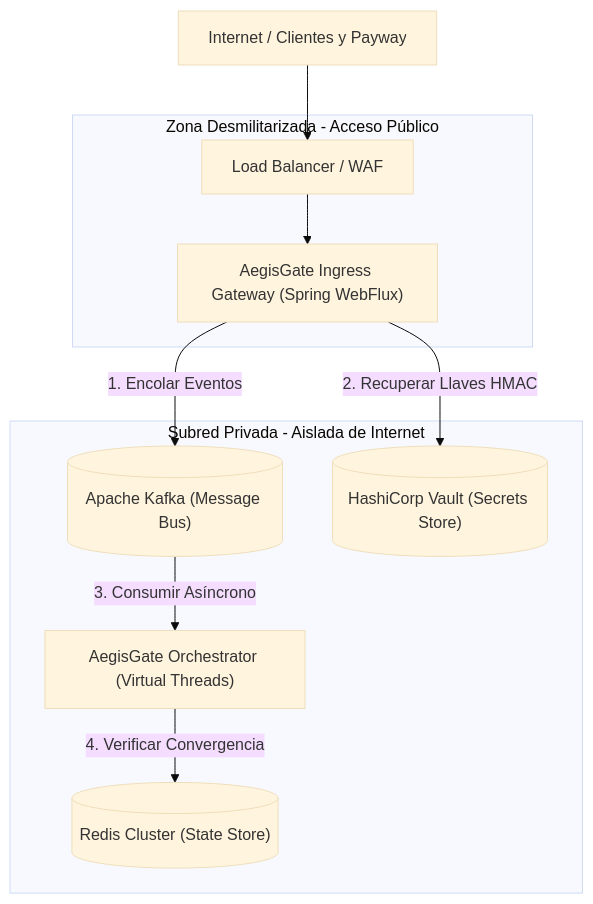
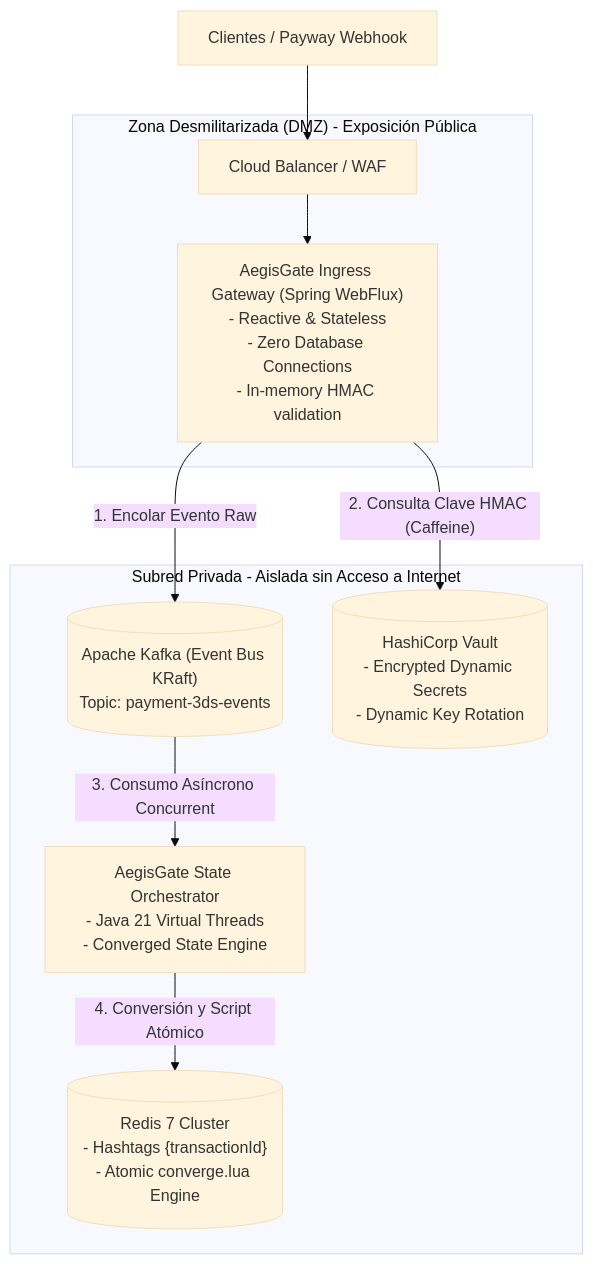
Before and after one commit to CharlyZeta/zyrconpay-aegisgate: the third of 3 diagrams in README.md, drawn with Mermaid (base theme). The commit also changed other lines of this file, not shown here.

Commit message:
docs: update README with world-class senior IT documentation and diagrams

````diff
--- a/README.md
+++ b/README.md
@@ -85,21 +155,21 @@
 ```mermaid
 graph TD
-    subgraph DMZ [Zona Desmilitarizada - Acceso Público]
-        LB["Load Balancer / WAF"]
-        Ingress["AegisGate Ingress Gateway (Spring WebFlux)"]
+    subgraph PublicDMZ ["Zona Desmilitarizada (DMZ) - Exposición Pública"]
+        WAF["Cloud Balancer / WAF"]
+        Ingress["AegisGate Ingress Gateway (Spring WebFlux)<br/>- Reactive & Stateless<br/>- Zero Database Connections<br/>- In-memory HMAC validation"]
     end
 
-    subgraph PrivateSubnet [Subred Privada - Aislada de Internet]
-        Orch["AegisGate Orchestrator (Virtual Threads)"]
-        Kafka[("Apache Kafka (Message Bus)")]
-        Redis[("Redis Cluster (State Store)")]
-        Vault[("HashiCorp Vault (Secrets Store)")]
+    subgraph PrivateSubnet ["Subred Privada - Aislada sin Acceso a Internet"]
+        Kafka[("Apache Kafka (Event Bus KRaft)<br/>Topic: payment-3ds-events")]
+        Orch["AegisGate State Orchestrator<br/>- Java 21 Virtual Threads<br/>- Converged State Engine"]
+        Redis[("Redis 7 Cluster<br/>- Hashtags {transactionId}<br/>- Atomic converge.lua Engine")]
+        Vault[("HashiCorp Vault<br/>- Encrypted Dynamic Secrets<br/>- Dynamic Key Rotation")]
     end
 
-    Internet["Internet / Clientes y Payway"] --> LB
-    LB --> Ingress
-    Ingress -- "1. Encolar Eventos" --> Kafka
-    Ingress -- "2. Recuperar Llaves HMAC" --> Vault
-    Kafka -- "3. Consumir Asíncrono" --> Orch
-    Orch -- "4. Verificar Convergencia" --> Redis
+    Internet["Clientes / Payway Webhook"] --> WAF
+    WAF --> Ingress
+    Ingress -- "1. Encolar Evento Raw" --> Kafka
+    Ingress -- "2. Consulta Clave HMAC (Caffeine)" --> Vault
+    Kafka -- "3. Consumo Asíncrono Concurrent" --> Orch
+    Orch -- "4. Conversión y Script Atómico" --> Redis
 ```
````
